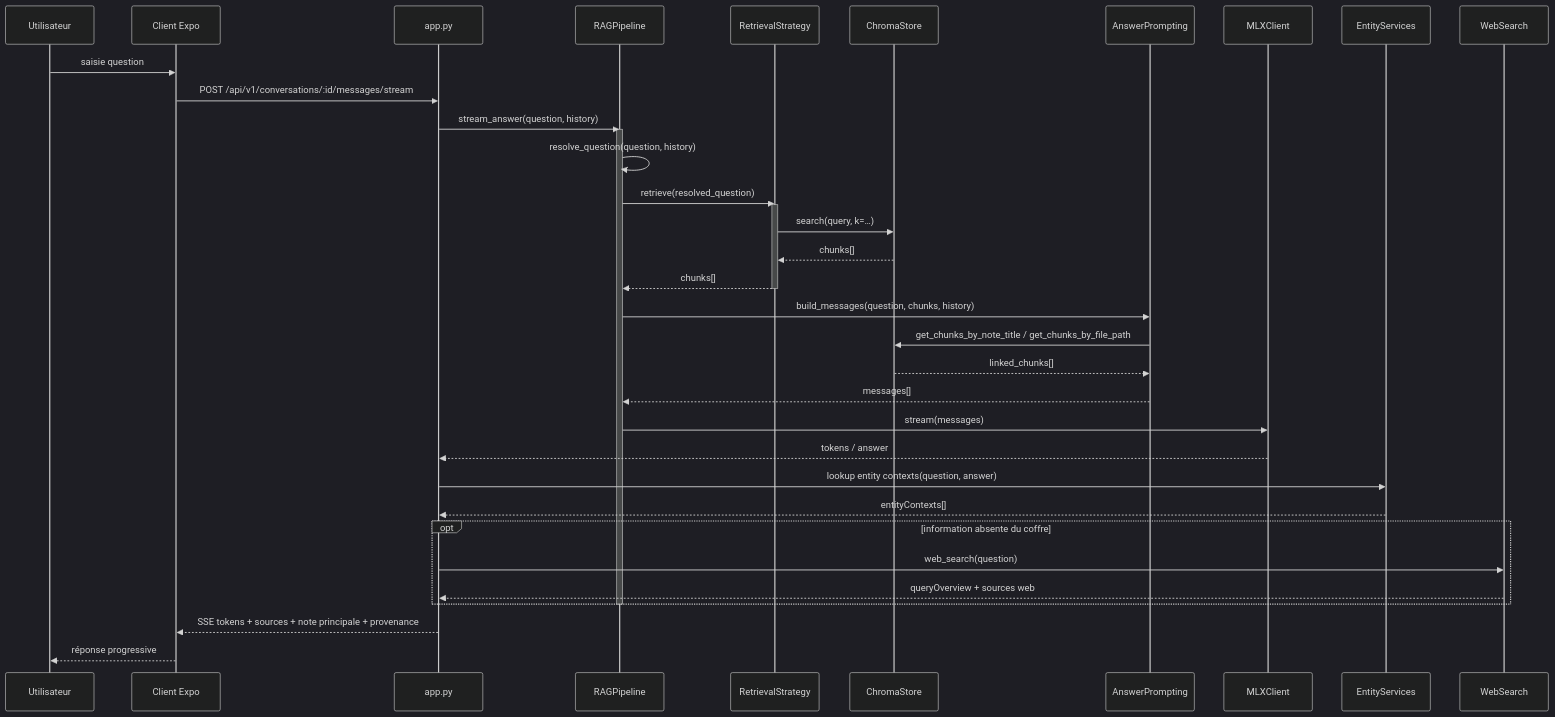
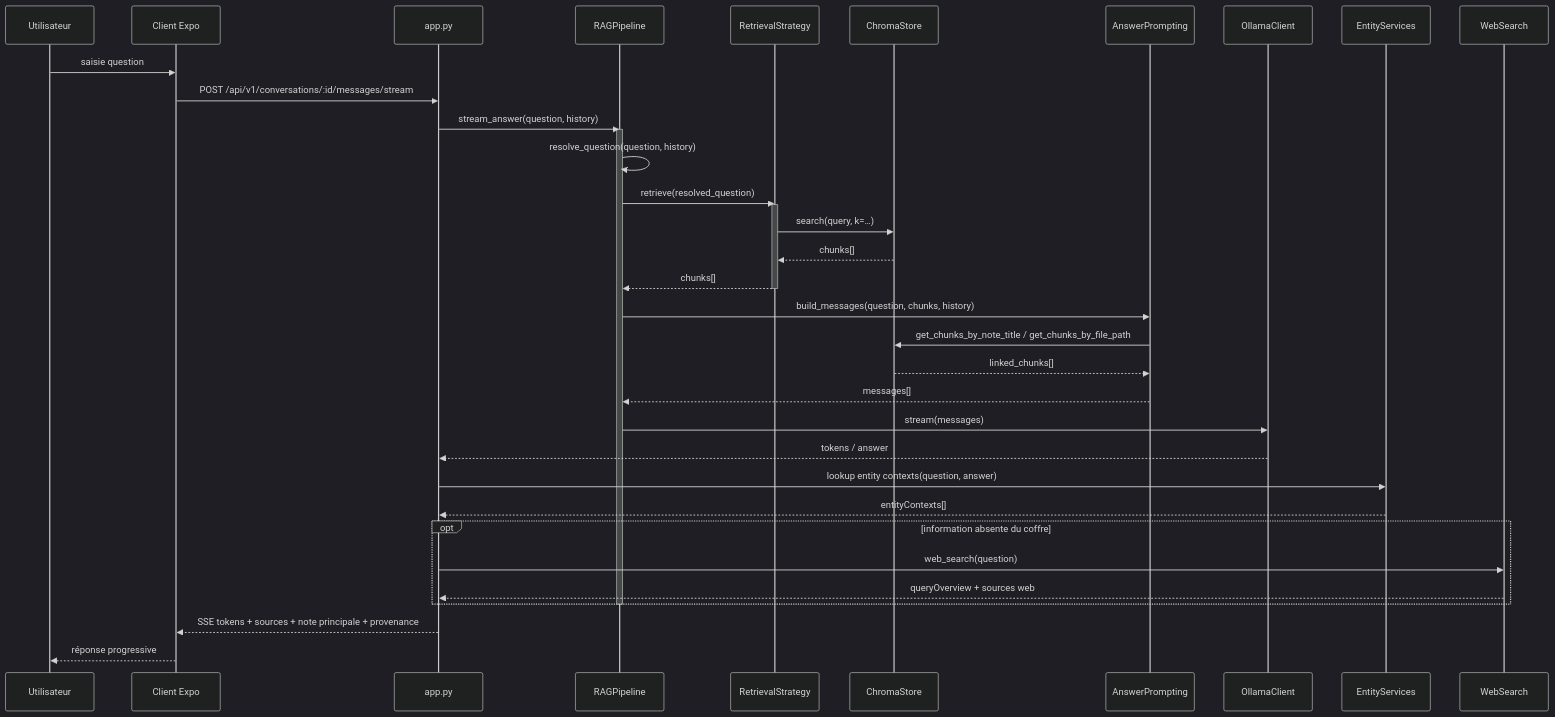
One commit to pat-the-geek/obsirag changed the second of 4 diagrams in docs/sequence.md. Above: the diagram before and after it, drawn with Mermaid (dark theme). The commit also changed other lines of this file and 6 other files, not shown here.

Commit message:
docs: replace mlx references with ollama

````diff
--- a/docs/sequence.md
+++ b/docs/sequence.md
@@ -47,40 +47,40 @@
 ```mermaid
 sequenceDiagram
     participant U as Utilisateur
     participant EXPO as Client Expo
     participant API as app.py
     participant RAG as RAGPipeline
     participant RS as RetrievalStrategy
     participant CS as ChromaStore
     participant AP as AnswerPrompting
-    participant MLX as MLXClient
+    participant OLLAMA as OllamaClient
     participant ES as EntityServices
     participant WS as WebSearch
 
     U->>EXPO: saisie question
     EXPO->>API: POST /api/v1/conversations/:id/messages/stream
     API->>RAG: stream_answer(question, history)
     activate RAG
     RAG->>RAG: resolve_question(question, history)
     RAG->>RS: retrieve(resolved_question)
     activate RS
     RS->>CS: search(query, k=…)
     CS-->>RS: chunks[]
     RS-->>RAG: chunks[]
     deactivate RS
     RAG->>AP: build_messages(question, chunks, history)
     AP->>CS: get_chunks_by_note_title / get_chunks_by_file_path
     CS-->>AP: linked_chunks[]
     AP-->>RAG: messages[]
-    RAG->>MLX: stream(messages)
-    MLX-->>API: tokens / answer
+    RAG->>OLLAMA: stream(messages)
+    OLLAMA-->>API: tokens / answer
     API->>ES: lookup entity contexts(question, answer)
     ES-->>API: entityContexts[]
     opt information absente du coffre
         API->>WS: web_search(question)
         WS-->>API: queryOverview + sources web
     end
     deactivate RAG
     API-->>EXPO: SSE tokens + sources + note principale + provenance
     EXPO-->>U: réponse progressive
 ```
````
